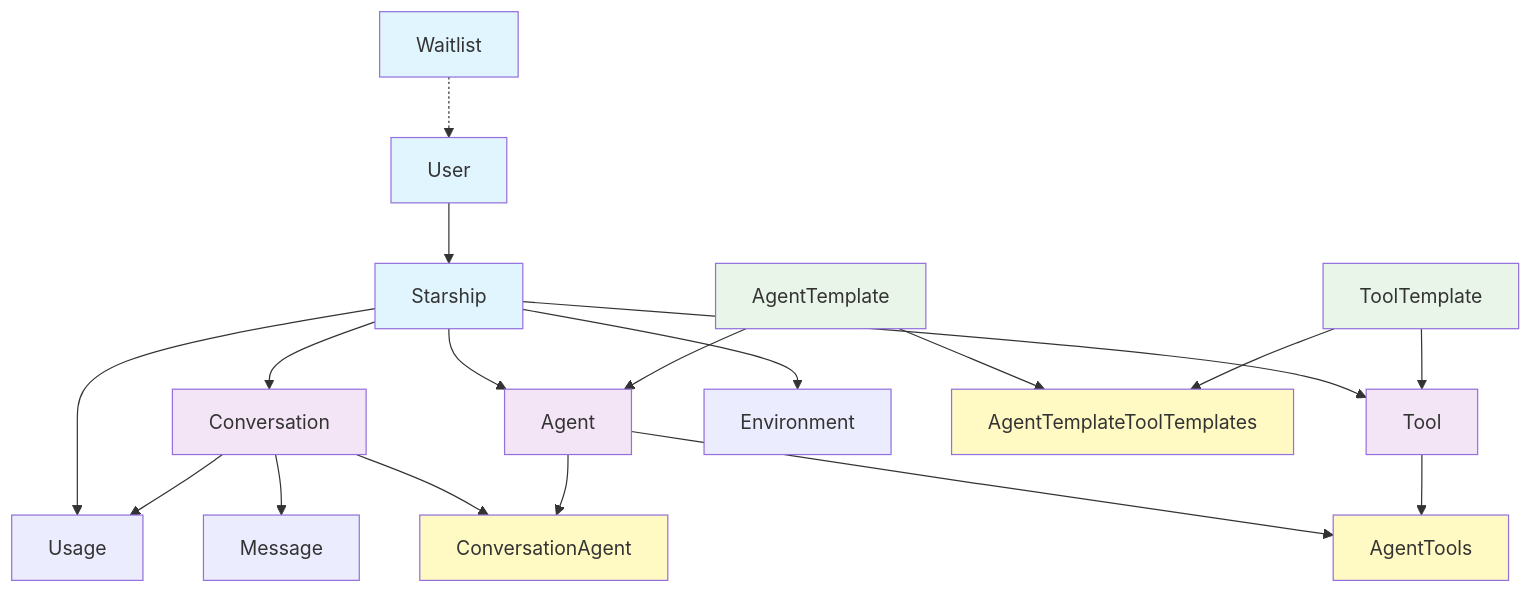
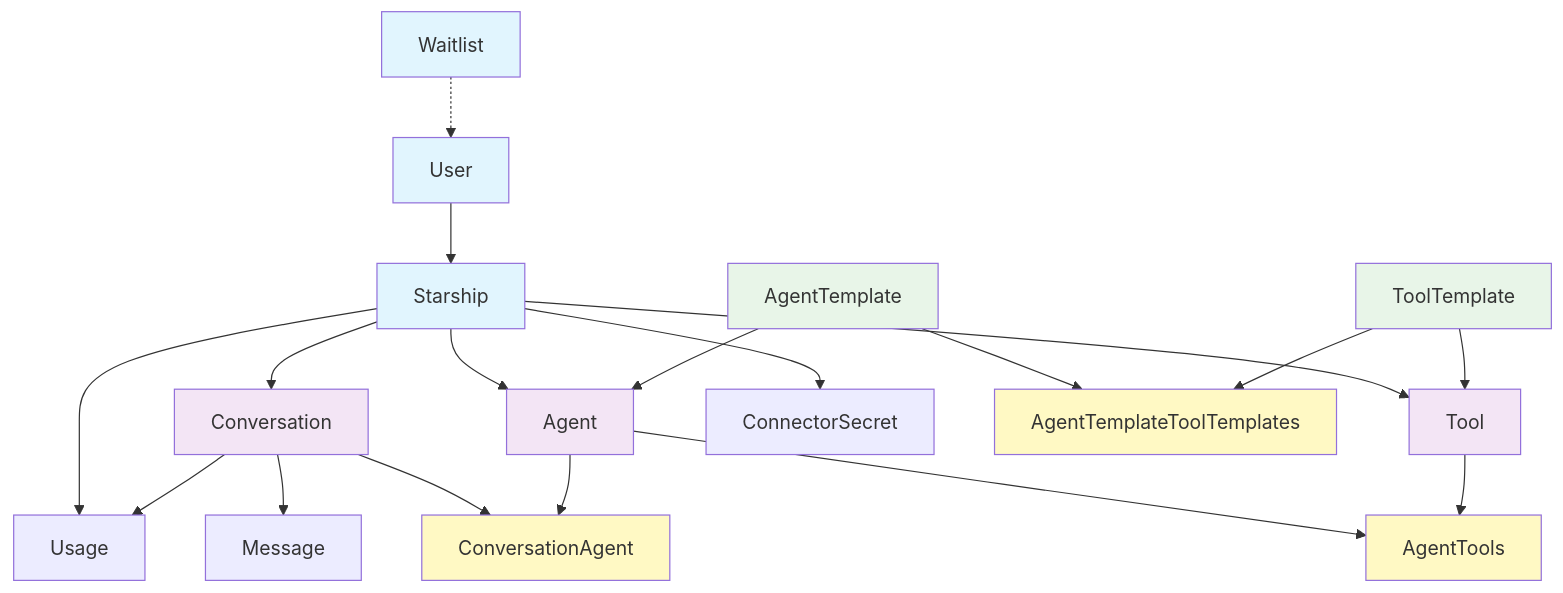
Before and after one commit to theingenuityco/starships.ai: the second of 2 diagrams in docs/er-diagram.md, drawn with Mermaid. The commit also changed other lines of this file, not shown here.

Commit message:
Refactor: Rename environments to connector_secrets

````diff
--- a/docs/er-diagram.md
+++ b/docs/er-diagram.md
@@ -211,43 +212,43 @@
 ```mermaid
 graph TD
     %% Core Entities
     U[User] --> S[Starship]
     S --> A[Agent]
     S --> T[Tool]
     S --> C[Conversation]
-    S --> E[Environment]
+    S --> CS[ConnectorSecret]
 
     %% Template System
     AT[AgentTemplate] --> A
     TT[ToolTemplate] --> T
 
     %% Conversation System
     C --> M[Message]
     C --> CA[ConversationAgent]
     A --> CA
 
     %% Usage Tracking
     S --> US[Usage]
     C --> US
 
     %% Junction Tables
     A --> AGT[AgentTools]
     T --> AGT
     AT --> ATTT[AgentTemplateToolTemplates]
     TT --> ATTT
 
     %% Waitlist System
     WL[Waitlist] -.-> U
 
     %% Styling
     classDef primary fill:#e1f5fe
     classDef secondary fill:#f3e5f5
     classDef system fill:#e8f5e8
     classDef junction fill:#fff9c4
 
     class U,S primary
     class A,T,C secondary
     class AT,TT system
     class AGT,ATTT,CA junction
     class WL primary
 ```
````
